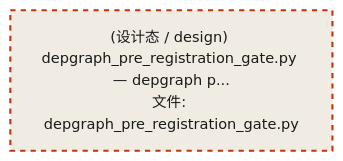
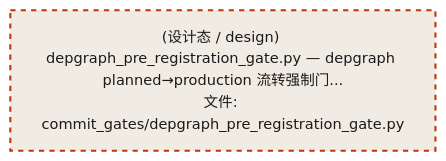
Before and after one commit to xuanFelixVan/ZephyrAlpha: the fourth of 5 diagrams in docs/02_enterprise_architecture/02_domain_architecture_docs/53_d_gov_enforcement.md, drawn with Mermaid. The commit also changed other lines of this file and 63 other files, not shown here.

````diff
--- a/docs/02_enterprise_architecture/02_domain_architecture_docs/53_d_gov_enforcement.md
+++ b/docs/02_enterprise_architecture/02_domain_architecture_docs/53_d_gov_enforcement.md
@@ -530,10 +530,10 @@
 ```mermaid
 %%{init: {'theme': 'base', 'themeVariables': {'primaryColor': '#eaeaea', 'primaryTextColor': '#333333', 'primaryBorderColor': '#666666', 'lineColor': '#666666', 'secondaryColor': '#eaeaea', 'tertiaryColor': '#eaeaea', 'fontSize': '14px'}}}%%
 flowchart TD
-    src_zephyr_gov_enforcement_commit_gates_depgraph_pre_registration_gate_py["(设计态 / design) depgraph_pre_registration_gate.py — depgraph p...<br/>文件: depgraph_pre_registration_gate.py"]
+    src_zephyr_gov_enforcement_commit_gates_depgraph_pre_registration_gate_py["(设计态 / design) depgraph_pre_registration_gate.py — depgraph planned→production 流转强制门...<br/>文件: commit_gates/depgraph_pre_registration_gate.py"]
     classDef production fill:#e8edf2,stroke:#0277bd,stroke-width:2px,color:#1a1a1a
     classDef design fill:#f0ebe3,stroke:#bf360c,stroke-width:2px,color:#1a1a1a,stroke-dasharray: 5 5
     classDef external_prod fill:#e8efe9,stroke:#1b5e20,stroke-width:1px,color:#1a1a1a
     classDef external_design fill:#efe5ea,stroke:#880e4f,stroke-width:1px,color:#1a1a1a,stroke-dasharray: 5 5
     class src_zephyr_gov_enforcement_commit_gates_depgraph_pre_registration_gate_py design
 ```
````
